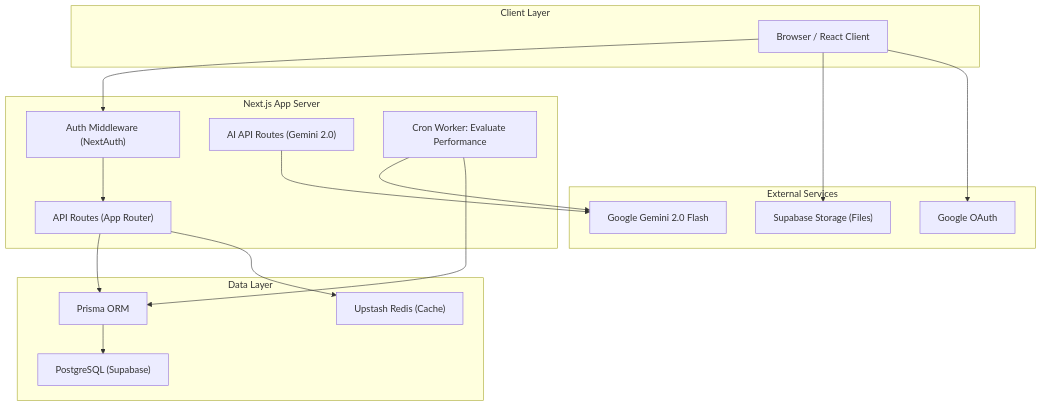
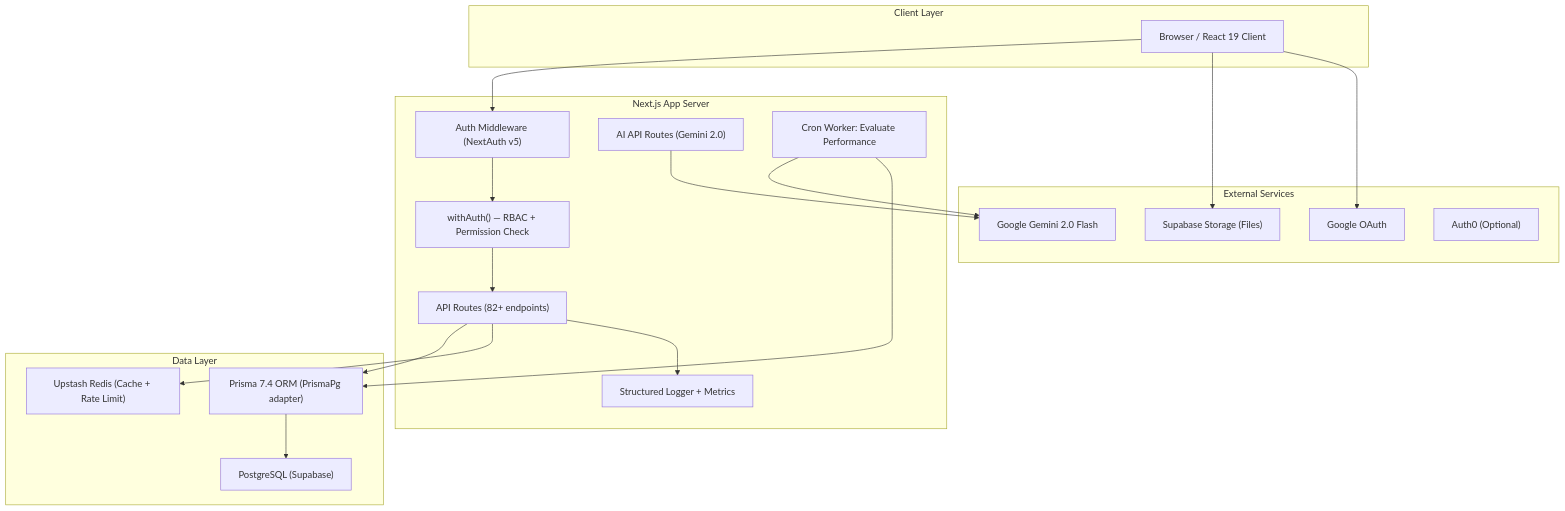
Before and after one commit to SourceOne9/Sourceone_hrms: the diagram in SYSTEM_ARCHITECTURE.md, drawn with Mermaid. The commit also changed other lines of this file and 11 other files, not shown here.

````diff
--- a/SYSTEM_ARCHITECTURE.md
+++ b/SYSTEM_ARCHITECTURE.md
@@ -10,36 +11,41 @@
 ```mermaid
 graph TB
     subgraph Client Layer
-        Browser["Browser / React Client"]
+        Browser["Browser / React 19 Client"]
     end
 
     subgraph Next.js App Server
-        APIRoutes["API Routes (App Router)"]
-        Middleware["Auth Middleware (NextAuth)"]
+        Middleware["Auth Middleware (NextAuth v5)"]
+        WithAuth["withAuth() — RBAC + Permission Check"]
+        APIRoutes["API Routes (82+ endpoints)"]
         AIRoutes["AI API Routes (Gemini 2.0)"]
         CronAgent["Cron Worker: Evaluate Performance"]
+        Logger["Structured Logger + Metrics"]
     end
 
     subgraph Data Layer
-        Prisma["Prisma ORM"]
+        Prisma["Prisma 7.4 ORM (PrismaPg adapter)"]
         PostgreSQL["PostgreSQL (Supabase)"]
-        Redis["Upstash Redis (Cache)"]
+        Redis["Upstash Redis (Cache + Rate Limit)"]
     end
 
     subgraph External Services
         Gemini["Google Gemini 2.0 Flash"]
         Supabase["Supabase Storage (Files)"]
         Google["Google OAuth"]
+        Auth0["Auth0 (Optional)"]
     end
 
     Browser --> Middleware
-    Middleware --> APIRoutes
+    Middleware --> WithAuth
+    WithAuth --> APIRoutes
     APIRoutes --> Prisma
     APIRoutes --> Redis
+    APIRoutes --> Logger
     AIRoutes --> Gemini
     CronAgent --> Gemini
     CronAgent --> Prisma
     Prisma --> PostgreSQL
     Browser --> Supabase
     Browser --> Google
 ```
````
